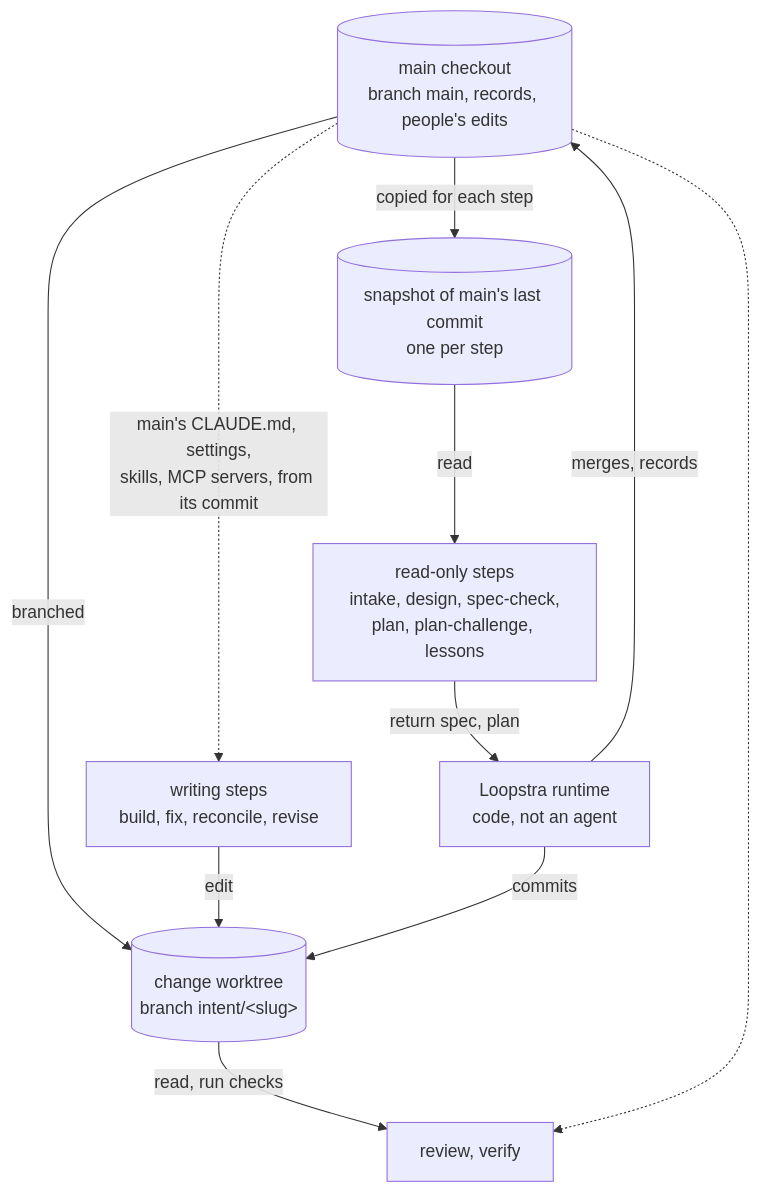
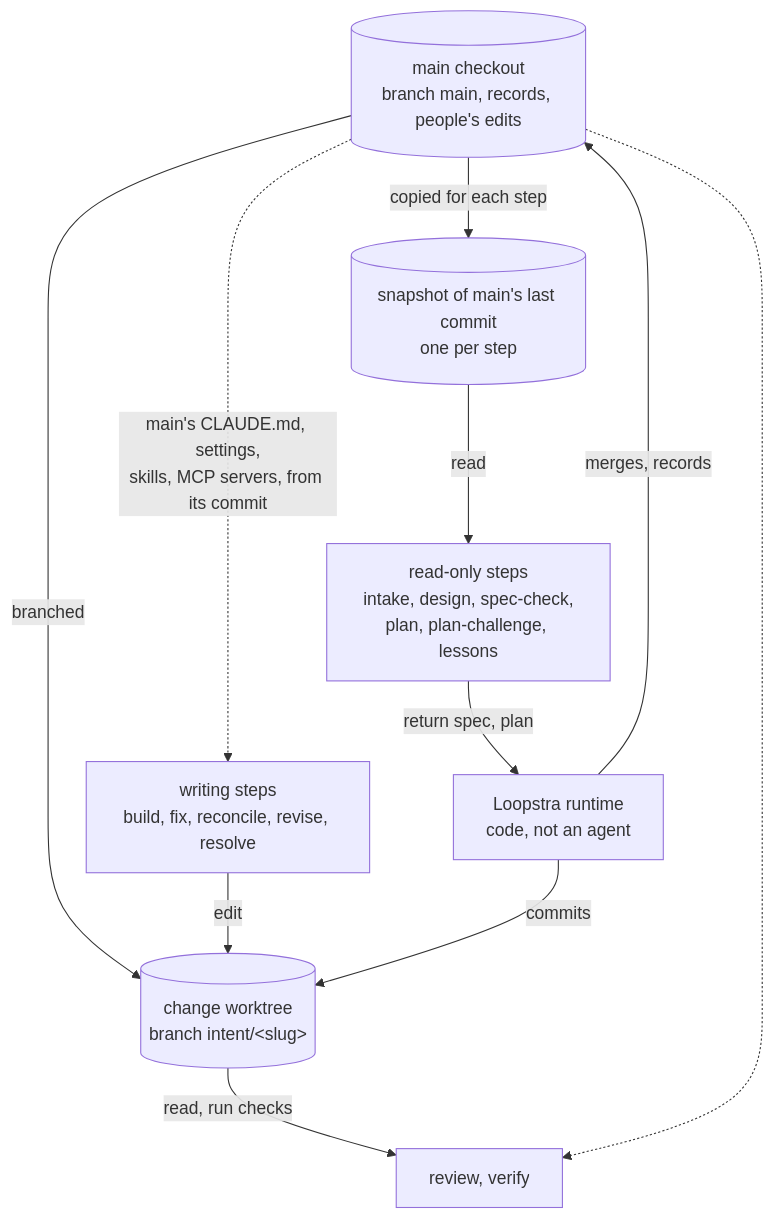
One commit to jflavan/loopstra changed the fourth of 6 diagrams in README.md. Above: the diagram before and after it, drawn with Mermaid. The commit also changed other lines of this file and 34 other files, not shown here.

````diff
--- a/README.md
+++ b/README.md
@@ -394,16 +397,16 @@
 ```mermaid
 flowchart TB
   main[("main checkout<br/>branch main, records, people's edits")]
   snap[("snapshot of main's last commit<br/>one per step")]
   wt[("change worktree<br/>branch intent/#lt;slug#gt;")]
   main -->|copied for each step| snap
   main -->|branched| wt
   snap -->|read| ro["read-only steps<br/>intake, design, spec-check,<br/>plan, plan-challenge, lessons"]
-  wr["writing steps<br/>build, fix, reconcile, revise"] -->|edit| wt
+  wr["writing steps<br/>build, fix, reconcile, revise, resolve"] -->|edit| wt
   wt -->|read, run checks| chk["review, verify"]
   main -.->|"main's CLAUDE.md, settings,<br/>skills, MCP servers, from its commit"| wr
   main -.-> chk
   ro -->|return spec, plan| rt["Loopstra runtime<br/>code, not an agent"]
   rt -->|commits| wt
   rt -->|merges, records| main
 ```
````
